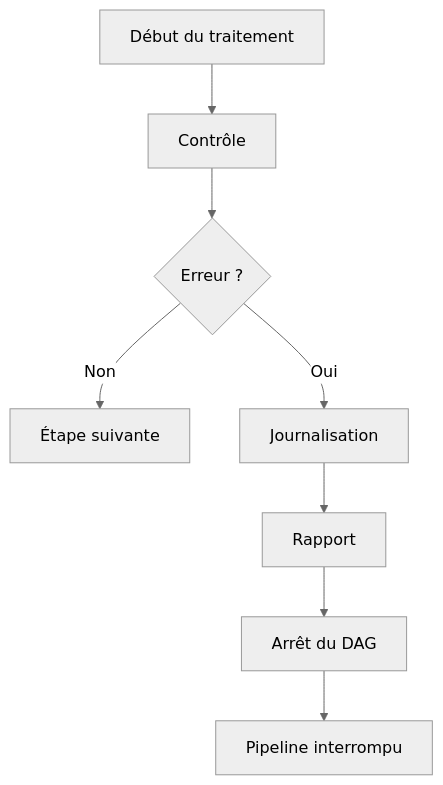
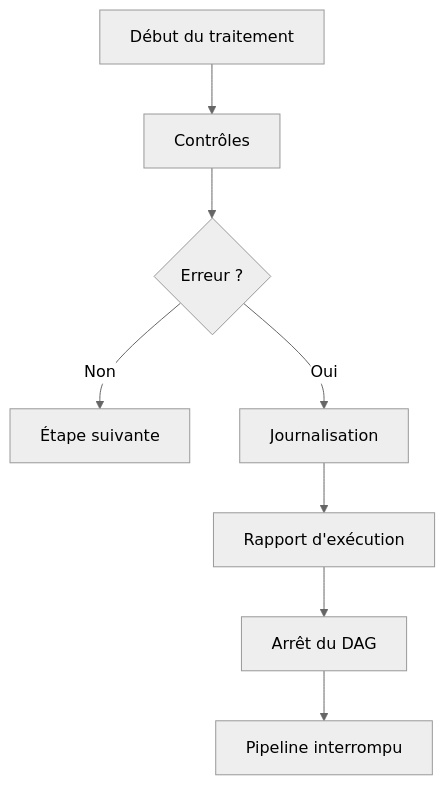
One commit to gonzalezcourrier34-glitch/checkit_ai changed the first of 3 diagrams in docs/06_dag/07_error_handling.md. Above: the diagram before and after it, drawn with Mermaid (neutral theme). The commit also changed other lines of this file and 51 other files, not shown here.

````diff
--- a/docs/06_dag/07_error_handling.md
+++ b/docs/06_dag/07_error_handling.md
@@ -24,19 +27,19 @@
 ```mermaid
 flowchart TD
 
 A[Début du traitement]
 
-A --> B[Contrôle]
+A --> B[Contrôles]
 
 B --> C{Erreur ?}
 
 C -->|Non| D[Étape suivante]
 
 C -->|Oui| E[Journalisation]
 
-E --> F[Rapport]
+E --> F[Rapport d'exécution]
 
 F --> G[Arrêt du DAG]
 
 G --> H[Pipeline interrompu]
 ```
````
